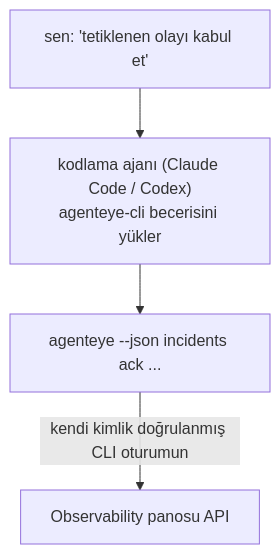
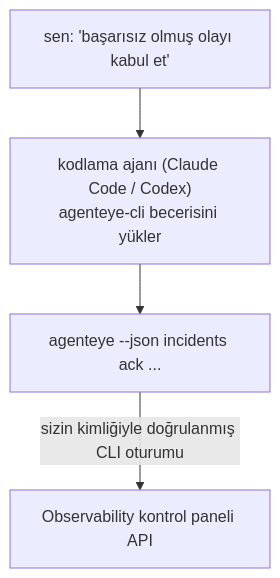
The diagram in docs/tr/agenteye/cli-skill.mdx (FailproofAI/failproofai), drawn with Mermaid before and after one commit. The commit also changed other lines of this file and 651 other files, not shown here.

````diff
--- a/docs/tr/agenteye/cli-skill.mdx
+++ b/docs/tr/agenteye/cli-skill.mdx
@@ -27,6 +28,6 @@
 ```mermaid
 flowchart TD
-    YOU["sen: 'tetiklenen olayı kabul et'"] --> AGENT["kodlama ajanı (Claude Code / Codex)<br/>agenteye-cli becerisini yükler"]
+    YOU["sen: 'başarısız olmuş olayı kabul et'"] --> AGENT["kodlama ajanı (Claude Code / Codex)<br/>agenteye-cli becerisini yükler"]
     AGENT --> CLI["agenteye --json incidents ack ..."]
-    CLI -->|kendi kimlik doğrulanmış CLI oturumun| API["Observability panosu API"]
+    CLI -->|sizin kimliğiyle doğrulanmış CLI oturumu| API["Observability kontrol paneli API"]
 ```
````
